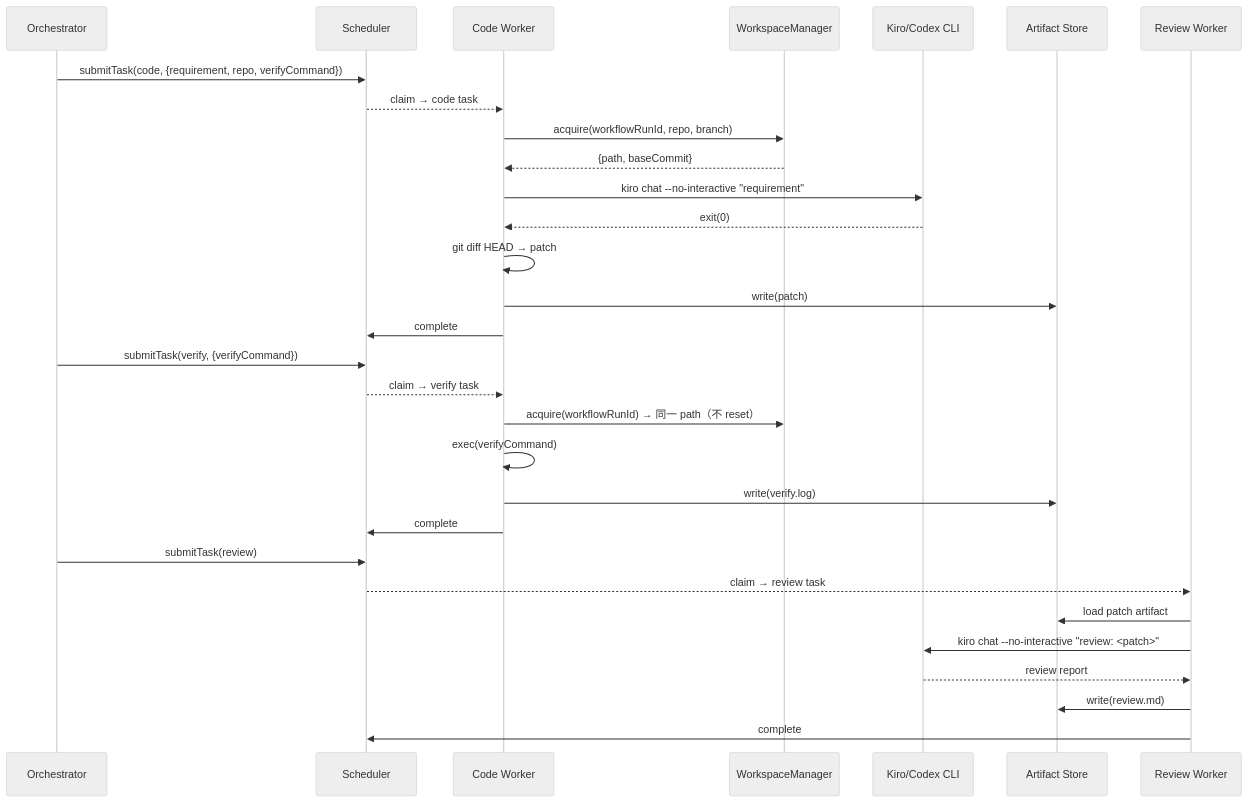
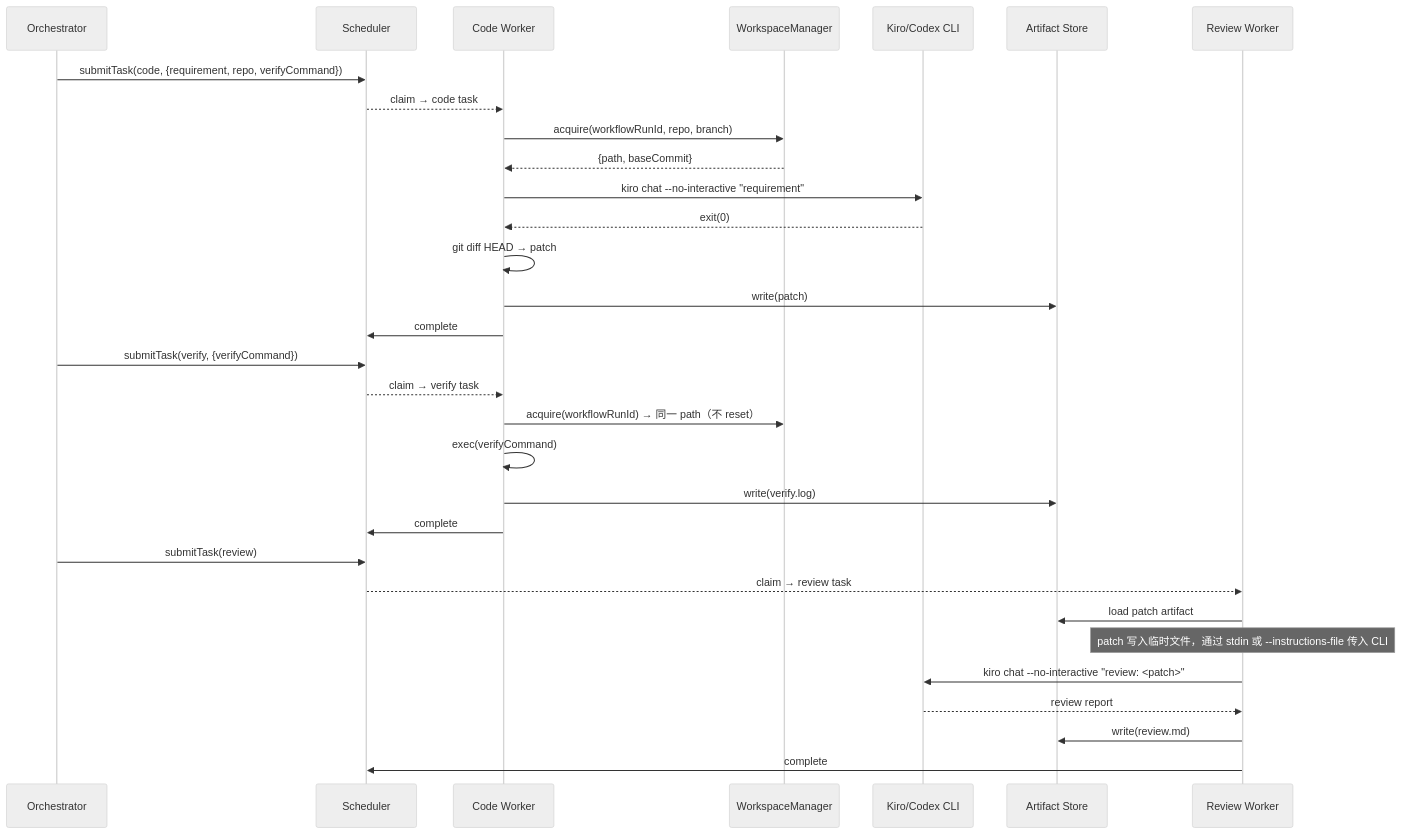
One commit to YoungerYang-Y/ai-sdlc-platform changed the first of 3 diagrams in docs/active/phase2-real-worker/design.md. Above: the diagram before and after it, drawn with Mermaid (neutral theme). The commit also changed other lines of this file and 2 other files, not shown here.

````diff
--- a/docs/active/phase2-real-worker/design.md
+++ b/docs/active/phase2-real-worker/design.md
@@ -92,36 +94,37 @@
 ```mermaid
 sequenceDiagram
   participant O as Orchestrator
   participant S as Scheduler
   participant CW as Code Worker
   participant WM as WorkspaceManager
   participant CLI as Kiro/Codex CLI
   participant A as Artifact Store
   participant RW as Review Worker
 
   O->>S: submitTask(code, {requirement, repo, verifyCommand})
   S-->>CW: claim → code task
 
   CW->>WM: acquire(workflowRunId, repo, branch)
   WM-->>CW: {path, baseCommit}
   CW->>CLI: kiro chat --no-interactive "requirement"
   CLI-->>CW: exit(0)
   CW->>CW: git diff HEAD → patch
   CW->>A: write(patch)
   CW->>S: complete
 
   O->>S: submitTask(verify, {verifyCommand})
   S-->>CW: claim → verify task
   CW->>WM: acquire(workflowRunId) → 同一 path（不 reset）
   CW->>CW: exec(verifyCommand)
   CW->>A: write(verify.log)
   CW->>S: complete
 
   O->>S: submitTask(review)
   S-->>RW: claim → review task
   RW->>A: load patch artifact
+  Note over RW: patch 写入临时文件，通过 stdin 或 --instructions-file 传入 CLI
   RW->>CLI: kiro chat --no-interactive "review: <patch>"
   CLI-->>RW: review report
   RW->>A: write(review.md)
   RW->>S: complete
 ```
````
